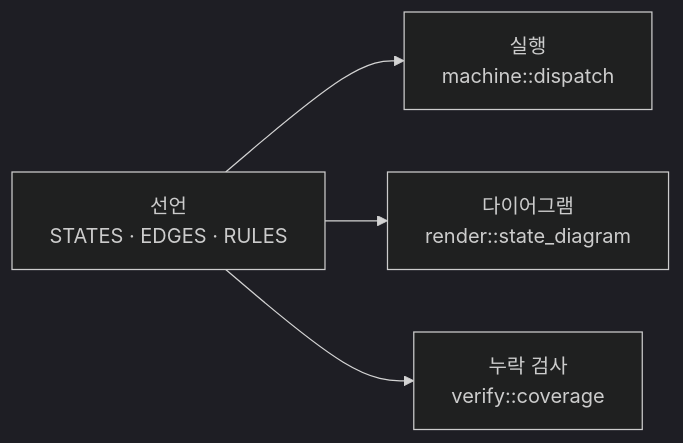
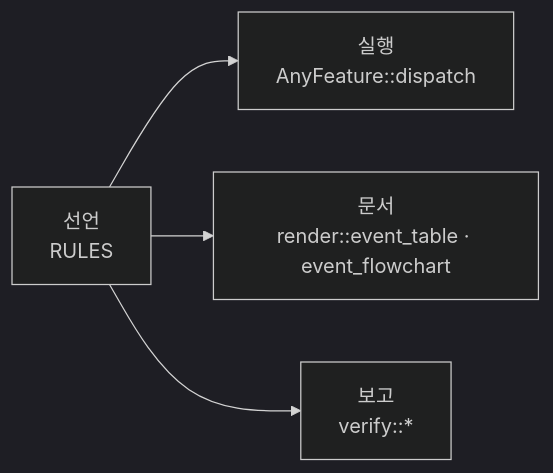
Before and after one commit to 4artit/declared: the diagram in README_KR.md, drawn with Mermaid (dark theme). The commit also changed other lines of this file and 23 other files, not shown here.

````diff
--- a/README_KR.md
+++ b/README_KR.md
@@ -18,7 +18,7 @@
 ```mermaid
 flowchart LR
-    D["선언<br/>STATES · EDGES · RULES"]
-    D --> R["실행<br/>machine::dispatch"]
-    D --> G["다이어그램<br/>render::state_diagram"]
-    D --> V["누락 검사<br/>verify::coverage"]
+    D["선언<br/>RULES"]
+    D --> R["실행<br/>AnyFeature::dispatch"]
+    D --> G["문서<br/>render::event_table · event_flowchart"]
+    D --> V["보고<br/>verify::*"]
 ```
````
